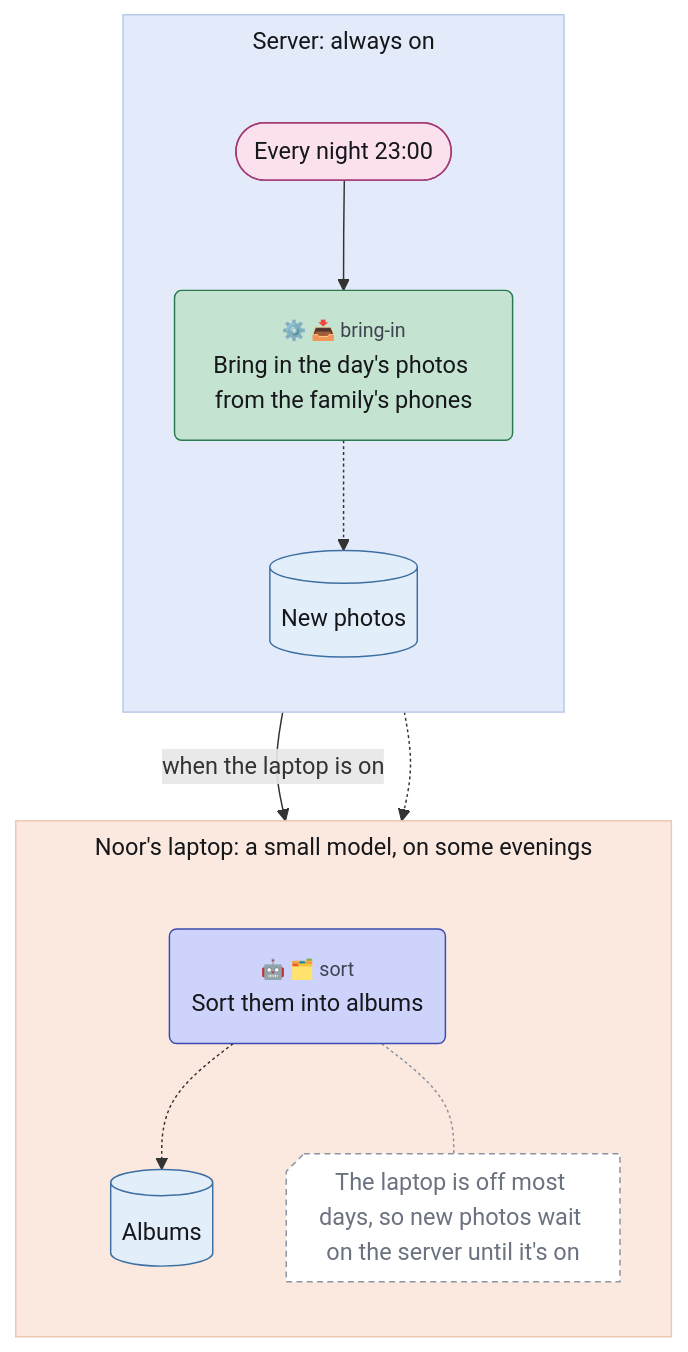
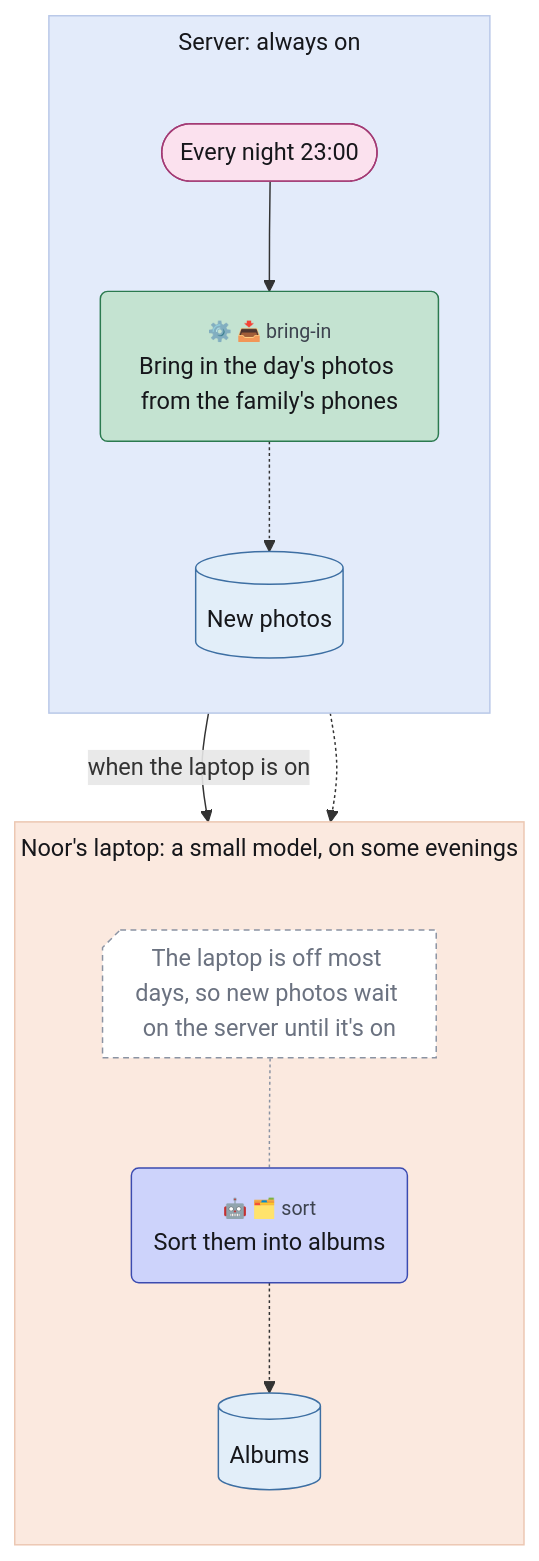
Before and after one commit to chrismdp/awml: the diagram in plugins/awml/skills/awml/references/examples/tour/09-platform-view-home.mmd, drawn with Mermaid. The commit also changed 49 other files, not shown here.

```diff
--- a/plugins/awml/skills/awml/references/examples/tour/09-platform-view-home.mmd
+++ b/plugins/awml/skills/awml/references/examples/tour/09-platform-view-home.mmd
@@ -1,48 +1,48 @@
 ---
 config:
   theme: default
   fontFamily: Inter, sans-serif
   flowchart:
     useMaxWidth: false
     subGraphTitleMargin:
       top: 6
       bottom: 30
 ---
 flowchart TB
   subgraph server["Server#58; always on"]
     direction TB
     nightly(["Every night 23#58;00"])
     bring("<small style='color:rgb(61,67,79)'>⚙️ 📥 bring-in</small><br>Bring in the day#39;s photos from the family#39;s phones")
     new[("New photos")]
   end
   subgraph laptop["Noor#39;s laptop#58; a small model#44; on some evenings"]
     direction TB
     sort("<small style='color:rgb(61,67,79)'>🤖 🗂️ sort</small><br>Sort them into albums")
     albums[("Albums")]
     wait@{ shape: notch-rect, label: "The laptop is off most days#44; so new photos wait on the server until it#39;s on" }
   end
 
   nightly --> bring
   bring -.-> new
   bring -->|"when the laptop is on"| sort
   new -.-> sort
   sort -.-> albums
-  sort -.- wait
+  wait -.- sort
   classDef trig fill:#fbe1ee,stroke:#a33a74,color:#16171b
   classDef ctx fill:#e2eef9,stroke:#3d6fa3,color:#16171b
   classDef con fill:#eceef2,stroke:#5d6472,color:#16171b
   classDef surf fill:#ffffff,stroke:#2a2d35,stroke-width:1.5px,color:#16171b
   classDef out fill:#fde4dc,stroke:#b5532f,color:#16171b
   classDef ai fill:#cdd3fb,stroke:#3b4bb0,color:#16171b
   classDef code fill:#c4e3d1,stroke:#2b7a4f,color:#16171b
   classDef person fill:#f7d79a,stroke:#9a6100,color:#16171b
   classDef uml fill:#16171b,stroke:#16171b,color:#16171b
   classDef gap fill:#ffffff,stroke:#8a93a3,stroke-dasharray:4 3,color:#6b7280
   class nightly trig
   class new,albums ctx
   class sort ai
   class bring code
   class wait gap
   style server fill:#e3ebfa,stroke:#b9c8e8,color:#16171b
   style laptop fill:#fbe9df,stroke:#ecc7b2,color:#16171b
   linkStyle 5 stroke:#8a93a3
```
